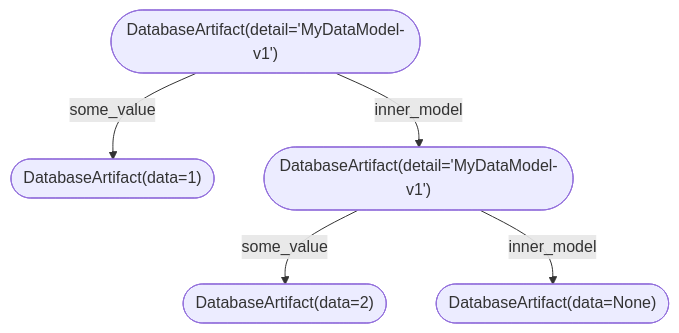
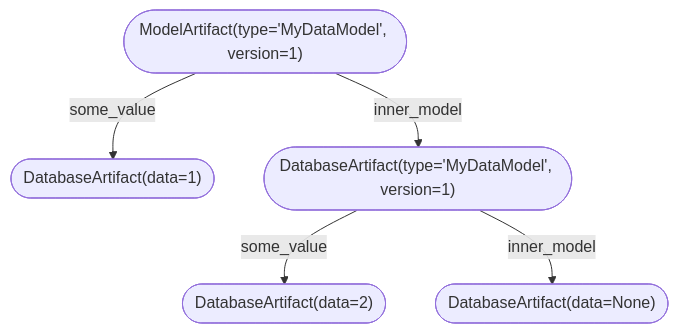
Before and after one commit to rmorshea/artigraph: the diagram in docs/schema.md, drawn with Mermaid. The commit also changed other lines of this file and 28 other files, not shown here.

````diff
--- a/docs/schema.md
+++ b/docs/schema.md
@@ -138,13 +147,13 @@
 ```mermaid
 graph TB
-    m1(["DatabaseArtifact(detail='MyDataModel-v1')"])
+    m1(["ModelArtifact(type='MyDataModel', version=1)"])
     f1(["DatabaseArtifact(data=1)"])
-    m2(["DatabaseArtifact(detail='MyDataModel-v1')"])
+    m2(["DatabaseArtifact(type='MyDataModel', version=1)"])
     f2(["DatabaseArtifact(data=2)"])
     f3(["DatabaseArtifact(data=None)"])
 
     m1 --> |some_value| f1
     m1 --> |inner_model| m2
     m2 --> |some_value| f2
     m2 --> |inner_model| f3
 ```
````
